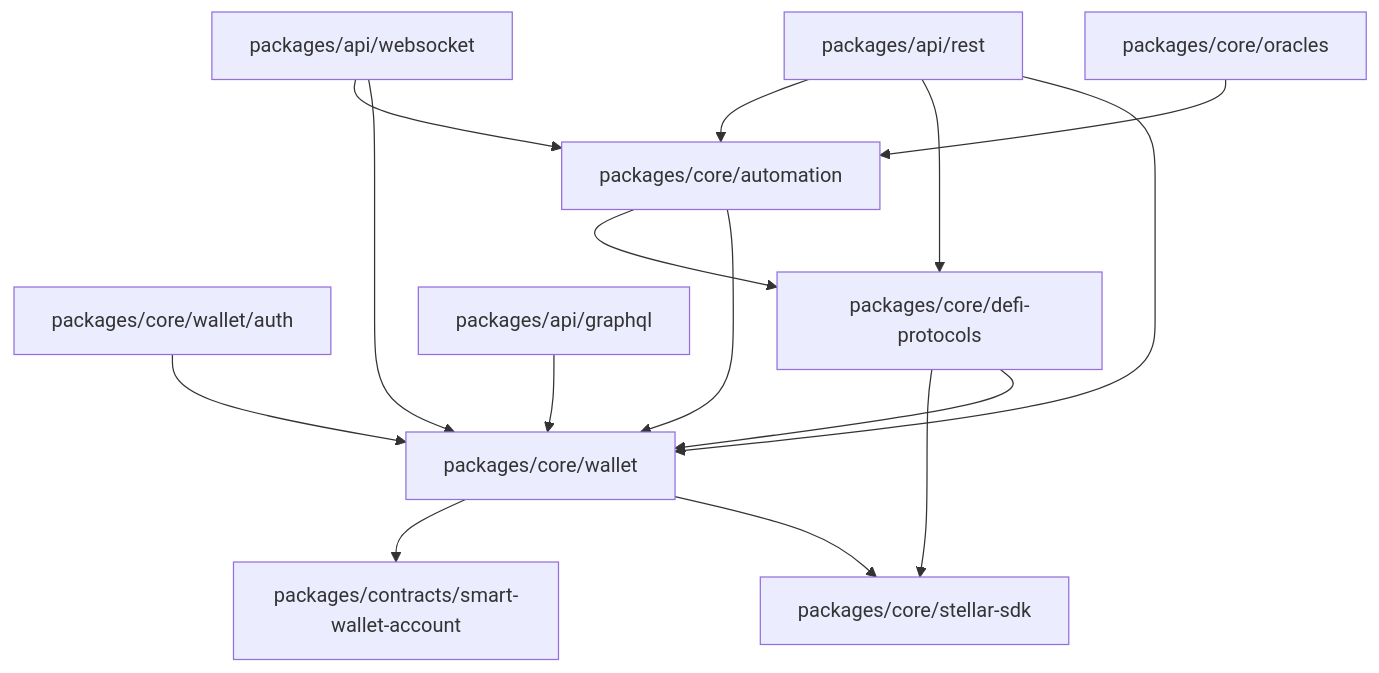
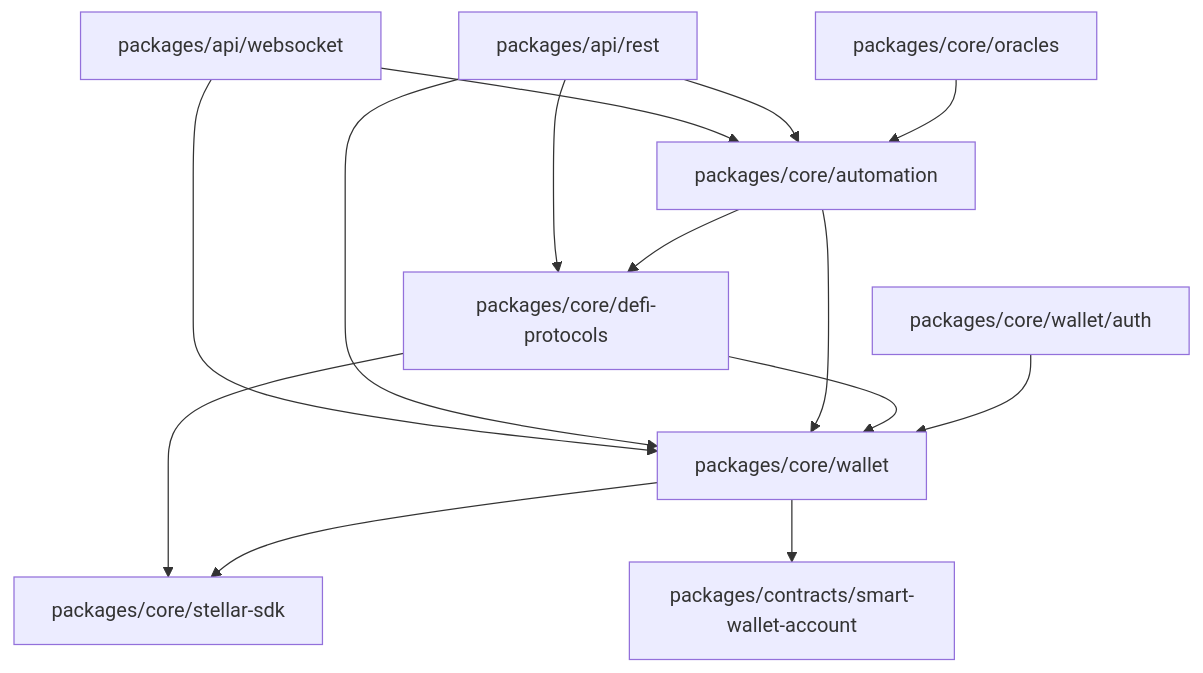
The second of 6 diagrams in docs/architecture/architecture.md (Galaxy-KJ/Galaxy-DevKit), drawn with Mermaid before and after one commit. The commit also changed other lines of this file and 14 other files, not shown here.

Commit message:
docs: withdraw unimplemented GraphQL package

````diff
--- a/docs/architecture/architecture.md
+++ b/docs/architecture/architecture.md
@@ -42,21 +42,20 @@
 ```mermaid
 flowchart TD
     WalletAuth["packages/core/wallet/auth"] --> WalletCore["packages/core/wallet"]
     WalletCore --> StellarSdk["packages/core/stellar-sdk"]
     WalletCore --> Contracts["packages/contracts/smart-wallet-account"]
 
     Defi["packages/core/defi-protocols"] --> WalletCore
     Defi --> StellarSdk
 
     Oracles["packages/core/oracles"] --> Automation["packages/core/automation"]
     Automation --> WalletCore
     Automation --> Defi
 
     Rest["packages/api/rest"] --> WalletCore
     Rest --> Defi
     Rest --> Automation
 
-    Graphql["packages/api/graphql"] --> WalletCore
     Websocket["packages/api/websocket"] --> WalletCore
     Websocket --> Automation
 ```
````
